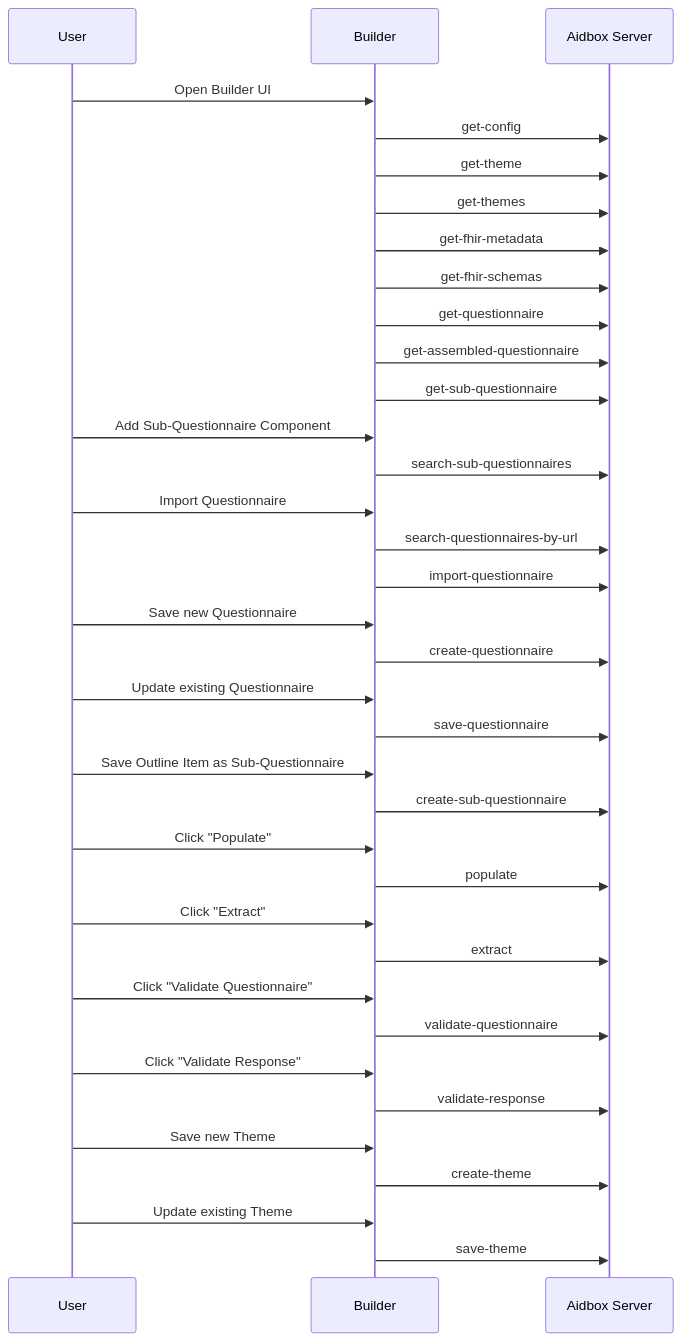
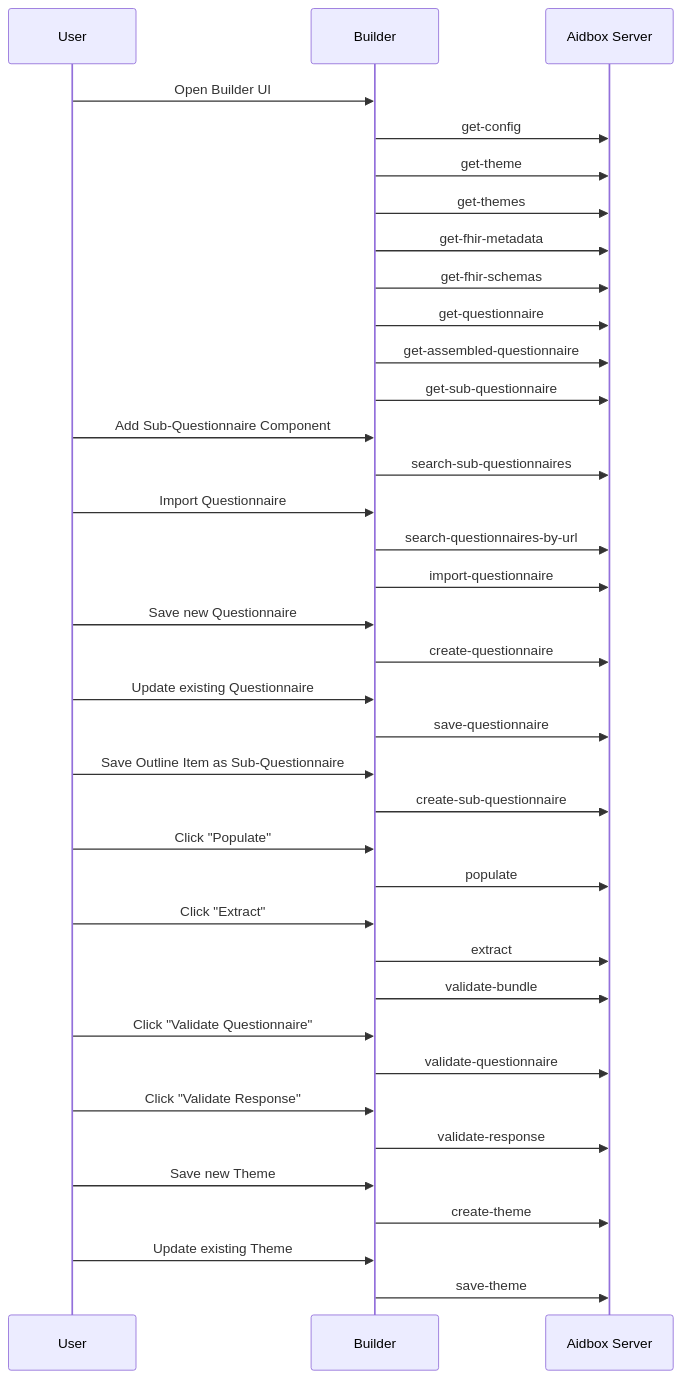
Before and after one commit to HealthSamurai/documentation: the first of 2 diagrams in docs/modules/aidbox-forms/aidbox-ui-builder-alpha/request-interception.md, drawn with Mermaid. The commit also changed other lines of this file, not shown here.

````diff
--- a/docs/modules/aidbox-forms/aidbox-ui-builder-alpha/request-interception.md
+++ b/docs/modules/aidbox-forms/aidbox-ui-builder-alpha/request-interception.md
@@ -925,56 +970,57 @@
 ```mermaid
 sequenceDiagram
     participant User
     participant Builder
     participant Aidbox Server
 
     %% Initialization
     User->>Builder: Open Builder UI
     Builder->>Aidbox Server: get-config
     Builder->>Aidbox Server: get-theme
     Builder->>Aidbox Server: get-themes
     Builder->>Aidbox Server: get-fhir-metadata
     Builder->>Aidbox Server: get-fhir-schemas
 
     %% Load Questionnaire
     Builder->>Aidbox Server: get-questionnaire
     Builder->>Aidbox Server: get-assembled-questionnaire
     Builder->>Aidbox Server: get-sub-questionnaire
 
     %% Authoring Workflow
     User->>Builder: Add Sub-Questionnaire Component
     Builder->>Aidbox Server: search-sub-questionnaires
 
     User->>Builder: Import Questionnaire
     Builder->>Aidbox Server: search-questionnaires-by-url
     Builder->>Aidbox Server: import-questionnaire
 
     User->>Builder: Save new Questionnaire
     Builder->>Aidbox Server: create-questionnaire
 
     User->>Builder: Update existing Questionnaire
     Builder->>Aidbox Server: save-questionnaire
 
     User->>Builder: Save Outline Item as Sub-Questionnaire
     Builder->>Aidbox Server: create-sub-questionnaire
 
     %% Debug Actions
     User->>Builder: Click "Populate"
     Builder->>Aidbox Server: populate
 
     User->>Builder: Click "Extract"
     Builder->>Aidbox Server: extract
+    Builder->>Aidbox Server: validate-bundle
 
     User->>Builder: Click "Validate Questionnaire"
     Builder->>Aidbox Server: validate-questionnaire
 
     User->>Builder: Click "Validate Response"
     Builder->>Aidbox Server: validate-response
 
     %% Theme Editing
     User->>Builder: Save new Theme
     Builder->>Aidbox Server: create-theme
 
     User->>Builder: Update existing Theme
     Builder->>Aidbox Server: save-theme
 ```
````
